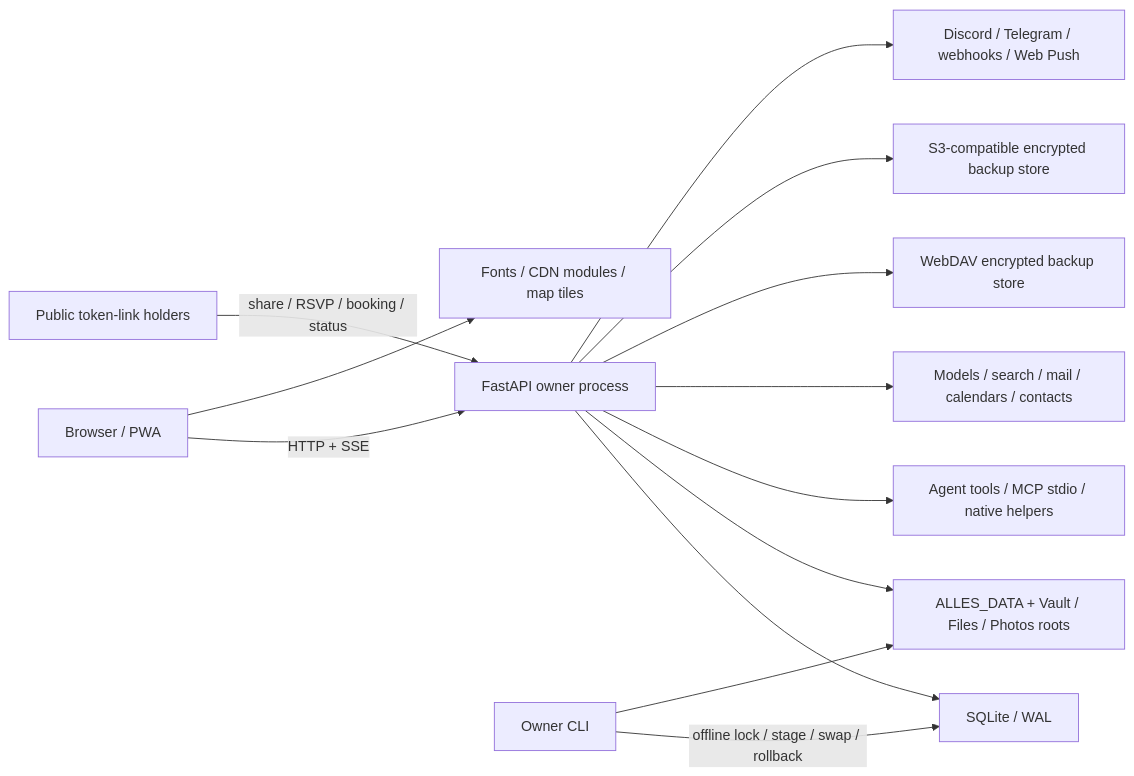
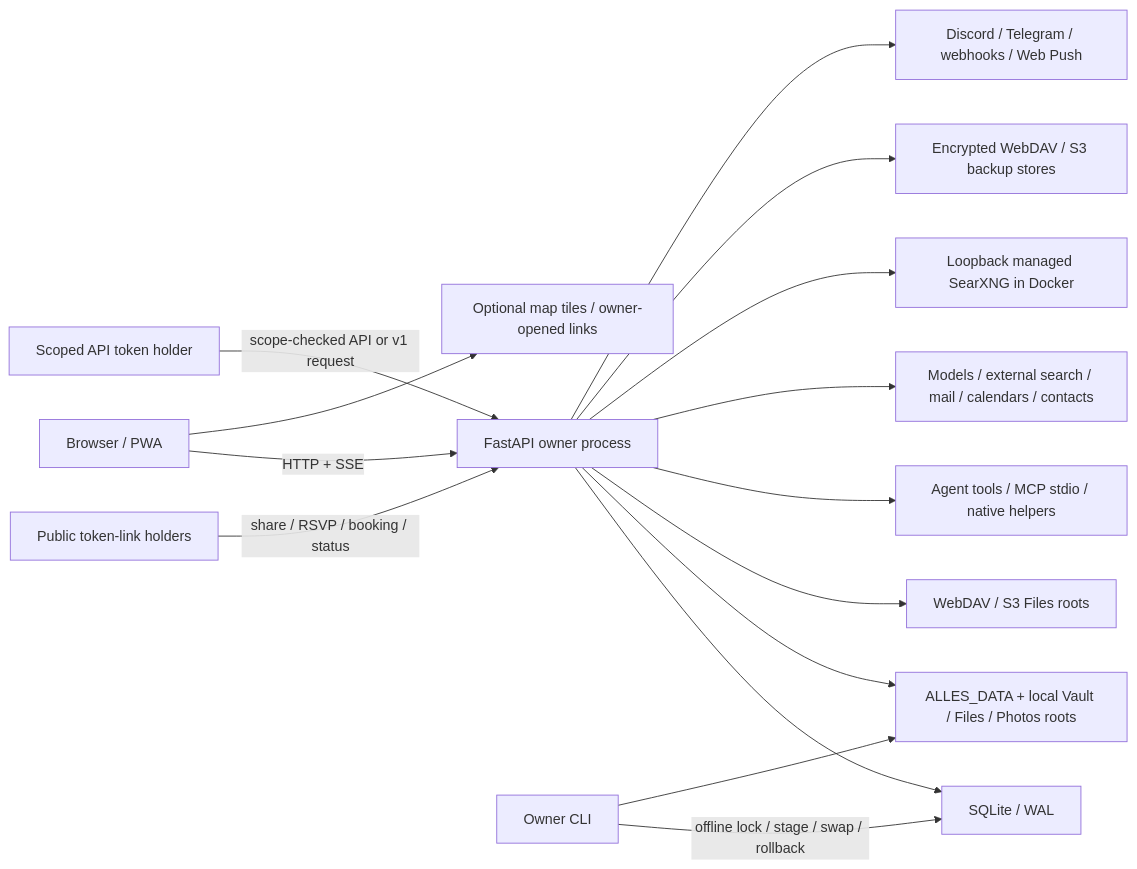
One commit to jxherc/alles changed the diagram in docs/plans/afterlife/current-trust-map.md. Above: the diagram before and after it, drawn with Mermaid. The commit also changed other lines of this file and 1402 other files, not shown here.

````diff
--- a/docs/plans/afterlife/current-trust-map.md
+++ b/docs/plans/afterlife/current-trust-map.md
@@ -31,15 +33,17 @@
 ```mermaid
 flowchart LR
     browser["Browser / PWA"] -->|"HTTP + SSE"| server["FastAPI owner process"]
     public["Public token-link holders"] -->|"share / RSVP / booking / status"| server
-    browser --> direct["Fonts / CDN modules / map tiles"]
+    bearer["Scoped API token holder"] -->|"scope-checked API or v1 request"| server
+    browser --> direct["Optional map tiles / owner-opened links"]
     server --> sqlite["SQLite / WAL"]
-    server --> stores["ALLES_DATA + Vault / Files / Photos roots"]
+    server --> stores["ALLES_DATA + local Vault / Files / Photos roots"]
+    server --> remoteFiles["WebDAV / S3 Files roots"]
     server --> host["Agent tools / MCP stdio / native helpers"]
-    server --> providers["Models / search / mail / calendars / contacts"]
-    server --> webdav["WebDAV encrypted backup store"]
-    server --> s3["S3-compatible encrypted backup store"]
+    server --> providers["Models / external search / mail / calendars / contacts"]
+    server --> docker["Loopback managed SearXNG in Docker"]
+    server --> backup["Encrypted WebDAV / S3 backup stores"]
     server --> delivery["Discord / Telegram / webhooks / Web Push"]
     cli["Owner CLI"] -->|"offline lock / stage / swap / rollback"| sqlite
     cli --> stores
 ```
````
